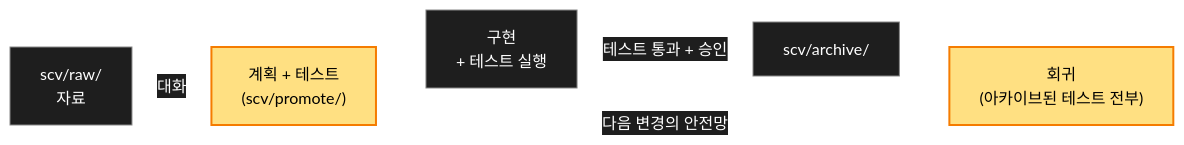
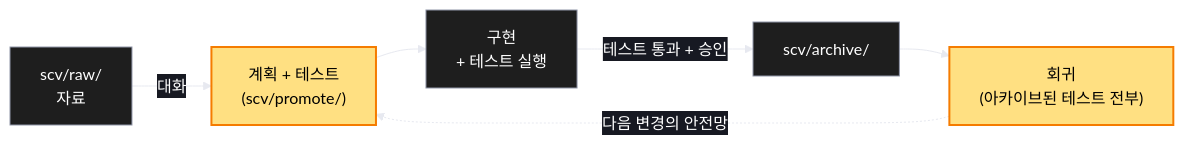
One commit to wookiya1364/scv-claude-code changed the first of 2 diagrams in README.ko.md. Above: the diagram before and after it, drawn with Mermaid. The commit also changed other lines of this file and 2 other files, not shown here.

````diff
--- a/README.ko.md
+++ b/README.ko.md
@@ -89,18 +93,18 @@
 ```mermaid
-%%{init: {'theme':'base', 'themeVariables': {'primaryColor':'#1e1e1e','primaryTextColor':'#fff','primaryBorderColor':'#888','lineColor':'#fff','secondaryColor':'#2d2d2d','tertiaryColor':'#1e1e1e','background':'#0d1117','edgeLabelBackground':'#1e1e1e'}}}%%
+%%{init: {'theme':'base', 'themeVariables': {'primaryColor':'#1e1e1e','primaryTextColor':'#fff','primaryBorderColor':'#9096a8','lineColor':'#e7e9f0','secondaryColor':'#2d2d2d','tertiaryColor':'#1e1e1e','background':'#171922','edgeLabelBackground':'#171922'}}}%%
 flowchart LR
   Raw["scv/raw/<br>자료"]
   Promote["계획 + 테스트<br>(scv/promote/)"]
   Work["구현<br>+ 테스트 실행"]
   Archive["scv/archive/"]
   Regression["회귀<br>(아카이브된 테스트 전부)"]
 
   Raw -->|대화| Promote
   Promote --> Work
   Work -->|테스트 통과 + 승인| Archive
   Archive --> Regression
   Regression -.->|다음 변경의 안전망| Promote
 
   classDef key fill:#FFE082,stroke:#F57C00,stroke-width:2px,color:#000
   class Promote,Regression key
 ```
````
